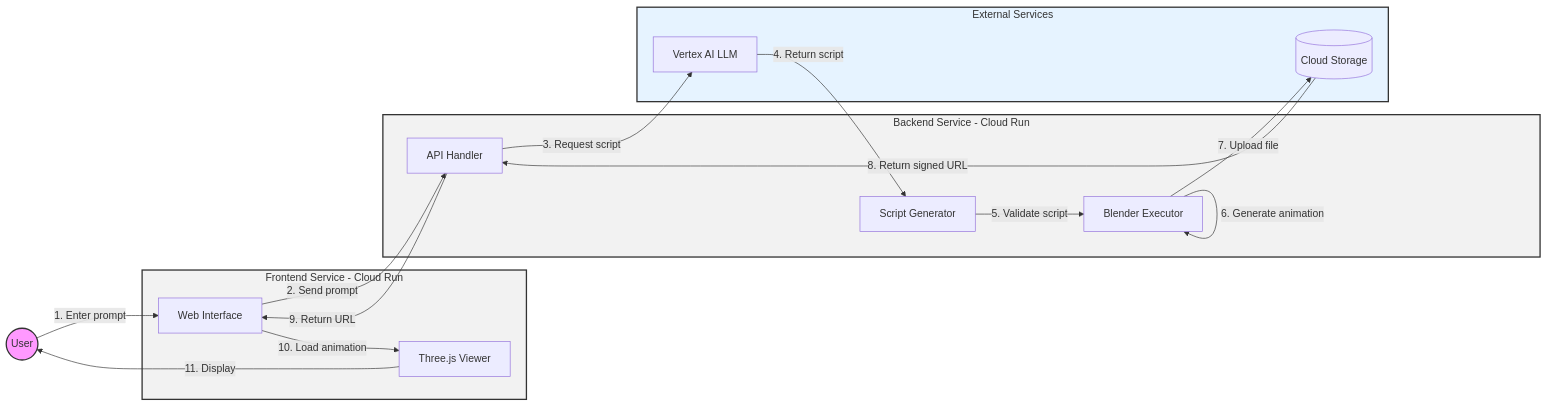
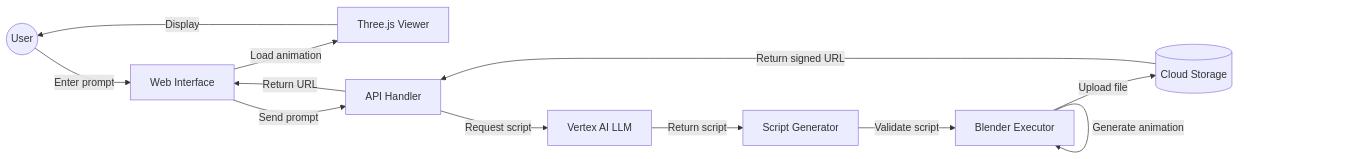
One commit to gallaglo/gcp-demos-notes-and-tricks changed the diagram in run/animation/README.md. Above: the diagram before and after it, drawn with Mermaid.

Commit message:
remove styling from flowchart to ensure markdown compatibility

````diff
--- a/run/animation/README.md
+++ b/run/animation/README.md
@@ -15,37 +15,23 @@
 ```mermaid
 flowchart LR
     User((User))
-    
-    subgraph Frontend["Frontend Service - Cloud Run"]
-        WebUI[Web Interface]
-        ThreeJS[Three.js Viewer]
-    end
+    WebUI[Web Interface]
+    ThreeJS[Three.js Viewer]
+    APIHandler[API Handler]
+    ScriptGen[Script Generator]
+    BlenderExec[Blender Executor]
+    VertexAI[Vertex AI LLM]
+    GCS[(Cloud Storage)]
 
-    subgraph Backend["Backend Service - Cloud Run"]
-        APIHandler[API Handler]
-        ScriptGen[Script Generator]
-        BlenderExec[Blender Executor]
-    end
-
-    subgraph ExternalSvc["External Services"]
-        VertexAI[Vertex AI LLM]
-        GCS[(Cloud Storage)]
-    end
-
-    User -->|"1. Enter prompt"| WebUI
-    WebUI -->|"2. Send prompt"| APIHandler
-    APIHandler -->|"3. Request script"| VertexAI
-    VertexAI -->|"4. Return script"| ScriptGen
-    ScriptGen -->|"5. Validate script"| BlenderExec
-    BlenderExec -->|"6. Generate animation"| BlenderExec
-    BlenderExec -->|"7. Upload file"| GCS
-    GCS -->|"8. Return signed URL"| APIHandler
-    APIHandler -->|"9. Return URL"| WebUI
-    WebUI -->|"10. Load animation"| ThreeJS
-    ThreeJS -->|"11. Display"| User
-
-    style Frontend fill:#f2f2f2,stroke:#333,stroke-width:2px
-    style Backend fill:#f2f2f2,stroke:#333,stroke-width:2px
-    style ExternalSvc fill:#e6f3ff,stroke:#333,stroke-width:2px
-    style User fill:#f9f,stroke:#333,stroke-width:2px
+    User -->|Enter prompt| WebUI
+    WebUI -->|Send prompt| APIHandler
+    APIHandler -->|Request script| VertexAI
+    VertexAI -->|Return script| ScriptGen
+    ScriptGen -->|Validate script| BlenderExec
+    BlenderExec -->|Generate animation| BlenderExec
+    BlenderExec -->|Upload file| GCS
+    GCS -->|Return signed URL| APIHandler
+    APIHandler -->|Return URL| WebUI
+    WebUI -->|Load animation| ThreeJS
+    ThreeJS -->|Display| User
 ```
````
